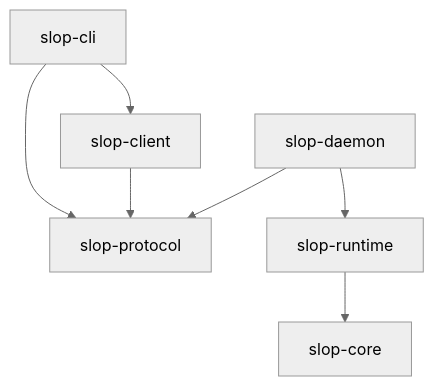
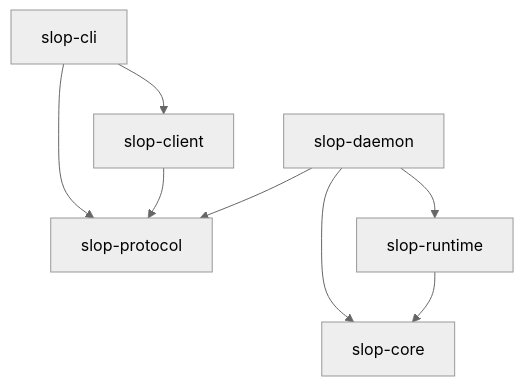
One commit to Araozu/slopconductor changed the second of 2 diagrams in docs/architecture.md. Above: the diagram before and after it, drawn with Mermaid (neutral theme). The commit also changed other lines of this file and 33 other files, not shown here.

````diff
--- a/docs/architecture.md
+++ b/docs/architecture.md
@@ -46,9 +49,10 @@
 ```mermaid
 flowchart TD
     CLI[slop-cli] --> Client[slop-client]
     CLI --> Protocol[slop-protocol]
     Client --> Protocol
     Daemon[slop-daemon] --> Protocol
     Daemon --> Runtime[slop-runtime]
+    Daemon --> Core[slop-core]
     Runtime --> Core[slop-core]
 ```
````
